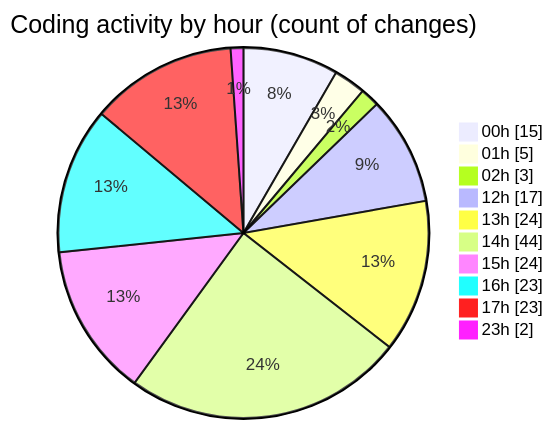
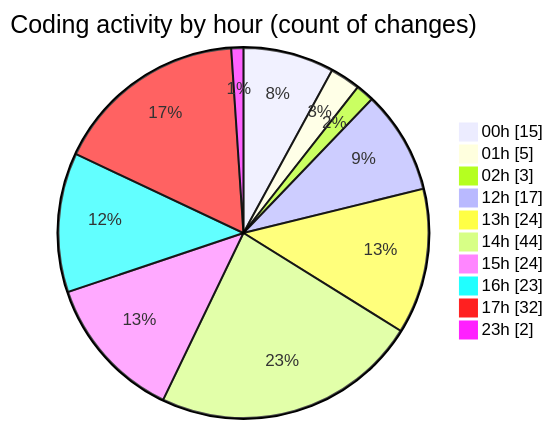
Before and after one commit to lephambinh05/code-tracking: the second of 2 diagrams in 2025-08-13/rentotp/README.md, drawn with Mermaid. The commit also changed other lines of this file and 1 other file, not shown here.

````diff
--- a/2025-08-13/rentotp/README.md
+++ b/2025-08-13/rentotp/README.md
@@ -57,14 +59,14 @@
 ```mermaid
 pie showData
 title Coding activity by hour (count of changes)
 "00h" : 15
 "01h" : 5
 "02h" : 3
 "12h" : 17
 "13h" : 24
 "14h" : 44
 "15h" : 24
 "16h" : 23
-"17h" : 23
+"17h" : 32
 "23h" : 2
 ```
````
